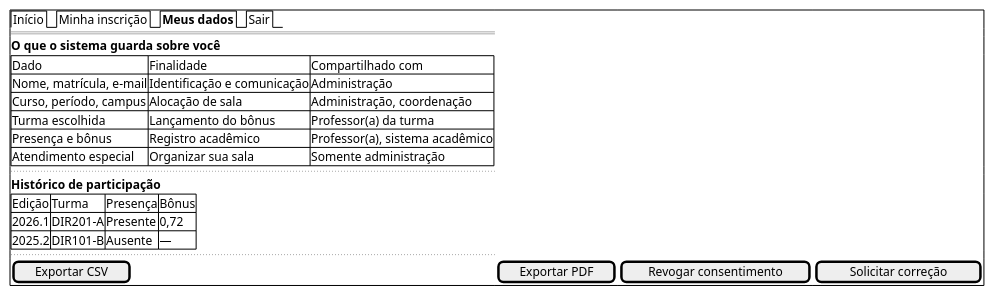
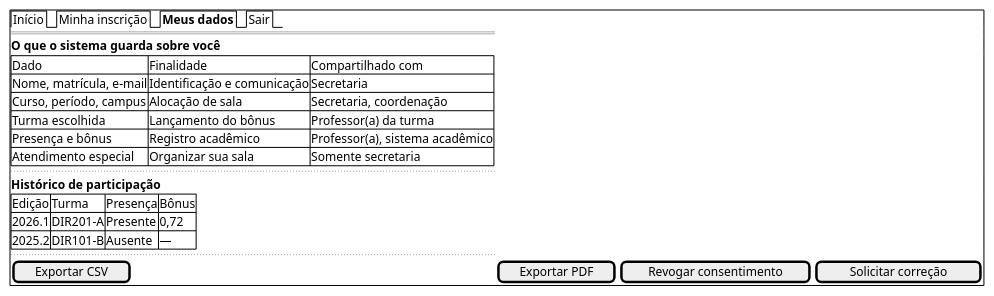
One commit to Projetos-de-Extensao/PECDII_26.2_8003_I changed the ninth of 19 diagrams in docs/Iniciacao/prototipo_baixa_fidelidade.md. Above: the diagram before and after it, drawn with PlantUML. The commit also changed other lines of this file and 19 other files, not shown here.

Commit message:
Grupos Secretaria e Coordenação no admin; ator renomeado para Secretaria na documentação

````diff
--- a/docs/Iniciacao/prototipo_baixa_fidelidade.md
+++ b/docs/Iniciacao/prototipo_baixa_fidelidade.md
@@ -297,26 +297,26 @@
 ```plantuml
 @startsalt
 {+
   {/ Início | Minha inscrição | <b>Meus dados | Sair }
   ==
   <b>O que o sistema guarda sobre você
   {#
     Dado | Finalidade | Compartilhado com
-    Nome, matrícula, e-mail | Identificação e comunicação | Administração
-    Curso, período, campus | Alocação de sala | Administração, coordenação
+    Nome, matrícula, e-mail | Identificação e comunicação | Secretaria
+    Curso, período, campus | Alocação de sala | Secretaria, coordenação
     Turma escolhida | Lançamento do bônus | Professor(a) da turma
     Presença e bônus | Registro acadêmico | Professor(a), sistema acadêmico
-    Atendimento especial | Organizar sua sala | Somente administração
+    Atendimento especial | Organizar sua sala | Somente secretaria
   }
   ..
   <b>Histórico de participação
   {#
     Edição | Turma | Presença | Bônus
     2026.1 | DIR201-A | Presente | 0,72
     2025.2 | DIR101-B | Ausente | —
   }
   ..
   [ Exportar CSV ] | [ Exportar PDF ] | [ Revogar consentimento ] | [ Solicitar correção ]
 }
 @endsalt
 ```
````
